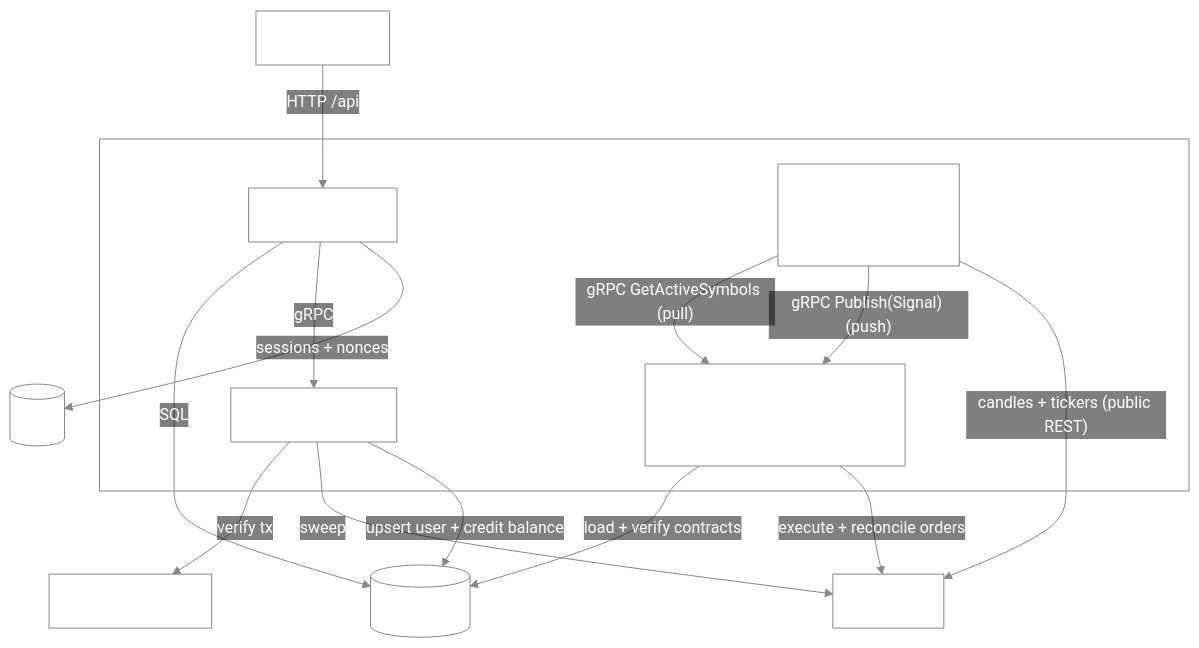
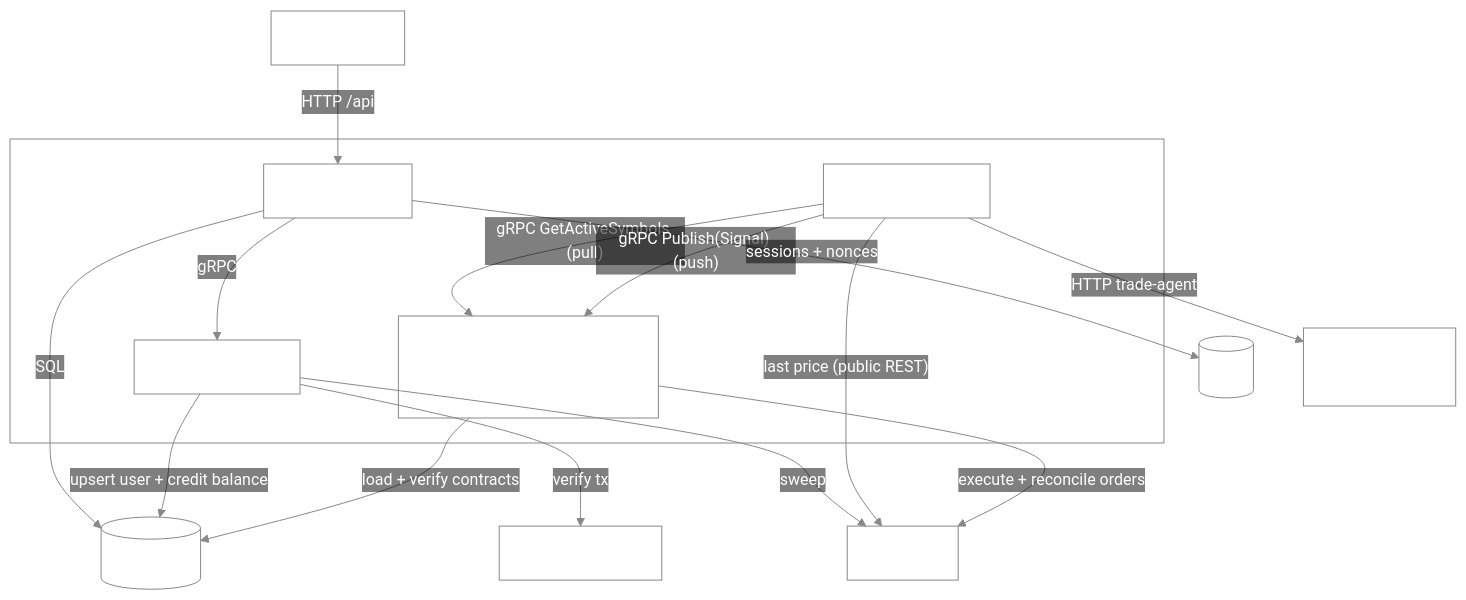
The diagram in README.md (N-Choo/CoinBot.v3), drawn with Mermaid before and after one commit. The commit also changed other lines of this file and 96 other files, not shown here.

Commit message:
chore: remove analyzer service and update signal path

````diff
--- a/README.md
+++ b/README.md
@@ -29,37 +29,39 @@
 ```mermaid
 %%{init: {"theme":"base","themeVariables":{"clusterBkg":"transparent","clusterBorder":"#888","lineColor":"#888","primaryTextColor":"#fff","tertiaryTextColor":"#fff","edgeLabelBackground":"transparent"}}}%%
 flowchart TB
     classDef plain fill:transparent,stroke:#888,color:#fff;
 
     UI["React SPA"]
 
     subgraph rust["Rust services"]
         GW["api_gateway"]
         DW["deposit-worker"]
         TE["trade-engine<br/>(gRPC server: EngineService)"]
-        SA["analyzer<br/>(RSI momentum)<br/>[ Unvalidated ]"]
+        SG["signal-gateway"]
     end
 
     DB[("PostgreSQL")]
     RD[("Redis")]
     ETH["Ethereum RPC"]
     KC["KuCoin"]
+    OC["opencode<br/>(trade-agent)"]
 
     UI -->|"HTTP /api"| GW
     GW -->|"SQL"| DB
     GW -->|"gRPC"| DW
     DW -->|"verify tx"| ETH
     DW -->|"sweep"| KC
     DW -->|"upsert user + credit balance"| DB
 
-    SA -->|"gRPC GetActiveSymbols (pull)"| TE
-    SA -->|"gRPC Publish(Signal) (push)"| TE
-    SA -->|"candles + tickers (public REST)"| KC
+    SG -->|"gRPC GetActiveSymbols (pull)"| TE
+    SG -->|"gRPC Publish(Signal) (push)"| TE
+    SG -->|"HTTP trade-agent"| OC
+    SG -->|"last price (public REST)"| KC
 
     GW -->|"sessions + nonces"| RD
 
     TE -->|"load + verify contracts"| DB
     TE -->|"execute + reconcile orders"| KC
 
-    class UI,GW,DW,TE,SA,DB,RD,ETH,KC plain;
+    class UI,GW,DW,TE,SG,OC,DB,RD,ETH,KC plain;
 ```
````
